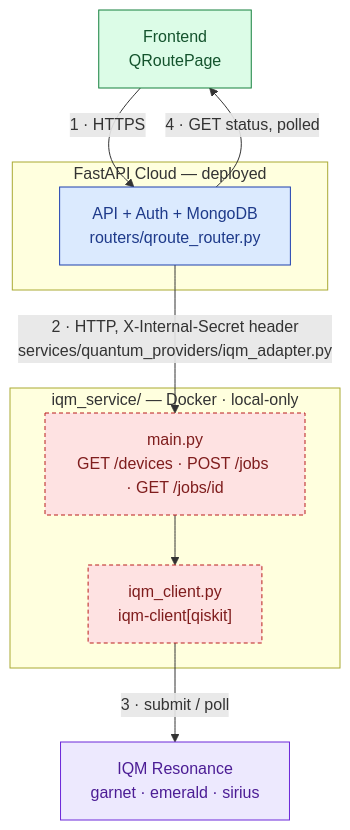
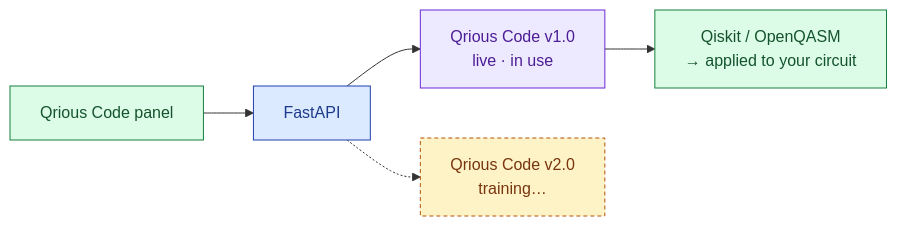
The seventh of 7 diagrams in README.md (sarvan-2187/sih), drawn with Mermaid before and after one commit. The commit also changed other lines of this file and 1 other file, not shown here.

````diff
--- a/README.md
+++ b/README.md
@@ -394,25 +205,12 @@
 ```mermaid
-flowchart TD
-    classDef api fill:#dbeafe,stroke:#1e40af,color:#1e3a8a
-    classDef local fill:#fee2e2,stroke:#b91c1c,color:#7f1d1d,stroke-dasharray: 4 3
-    classDef frontend fill:#dcfce7,stroke:#15803d,color:#14532d
-    classDef external fill:#ede9fe,stroke:#6d28d9,color:#4c1d95
+flowchart LR
+    classDef a fill:#dcfce7,stroke:#15803d,color:#14532d
+    classDef b fill:#dbeafe,stroke:#1e40af,color:#1e3a8a
+    classDef c fill:#ede9fe,stroke:#6d28d9,color:#4c1d95
+    classDef d fill:#fef3c7,stroke:#b45309,color:#78350f,stroke-dasharray: 4 3
 
-    FE["Frontend<br/>QRoutePage"]:::frontend
-
-    subgraph API_SVC["FastAPI Cloud — deployed"]
-        API["API + Auth + MongoDB<br/>routers/qroute_router.py"]:::api
-    end
-
-    subgraph IQM_SVC["iqm_service/ — Docker · local-only"]
-        MAIN["main.py<br/>GET /devices · POST /jobs · GET /jobs/id"]:::local
-        MAIN --> CLIENT["iqm_client.py<br/>iqm-client[qiskit]"]:::local
-    end
-
-    RESONANCE["IQM Resonance<br/>garnet · emerald · sirius"]:::external
-
-    FE -->|"1 · HTTPS"| API
-    API -->|"2 · HTTP, X-Internal-Secret header<br/>services/quantum_providers/iqm_adapter.py"| MAIN
-    CLIENT -->|"3 · submit / poll"| RESONANCE
-    API -->|"4 · GET status, polled"| FE
+    U["Qrious Code panel"]:::a --> API["FastAPI"]:::b
+    API --> M1["Qrious Code v1.0<br/>live · in use"]:::c
+    API -.-> M2["Qrious Code v2.0<br/>training…"]:::d
+    M1 --> OUT["Qiskit / OpenQASM<br/>→ applied to your circuit"]:::a
 ```
````
